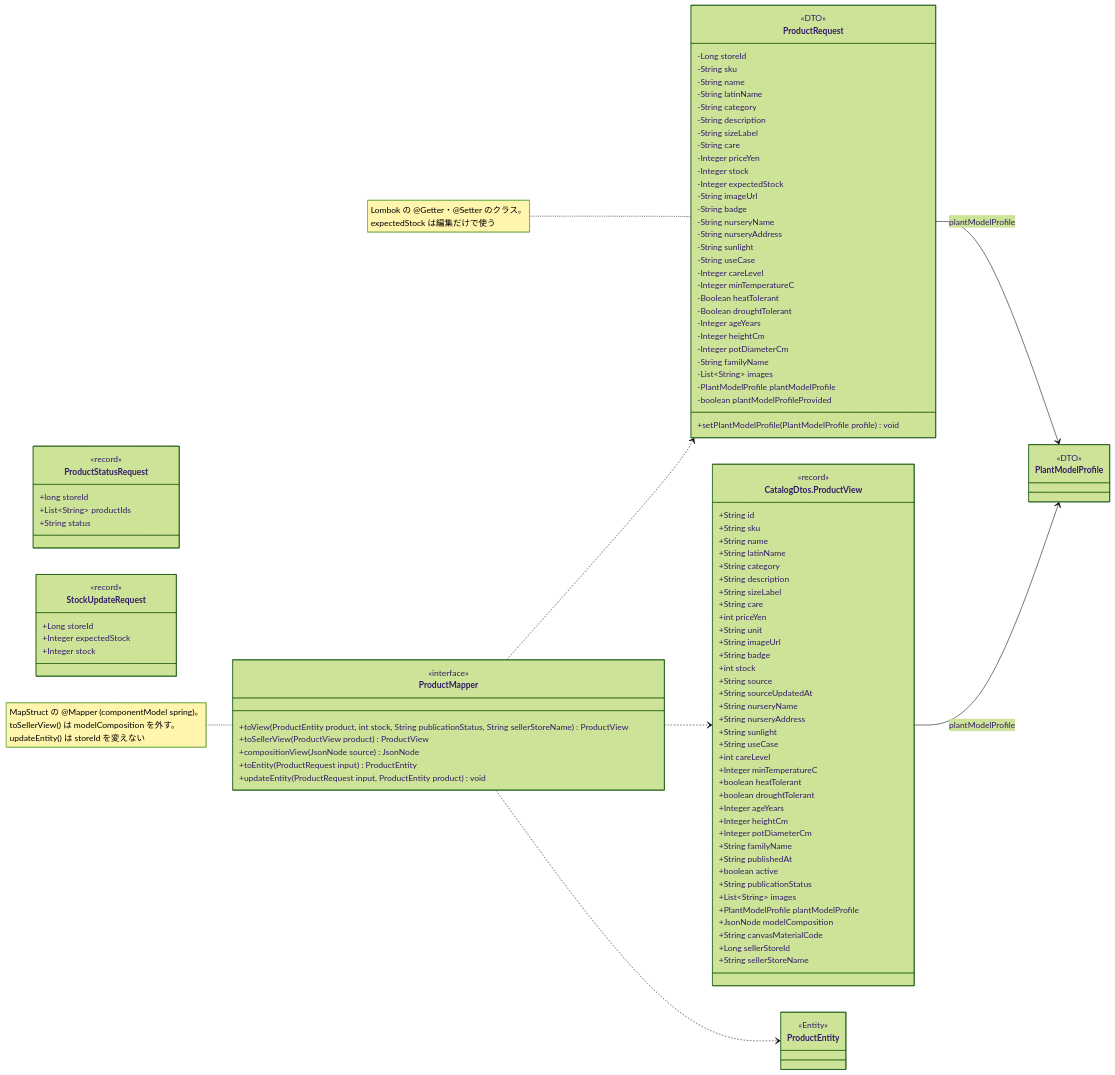
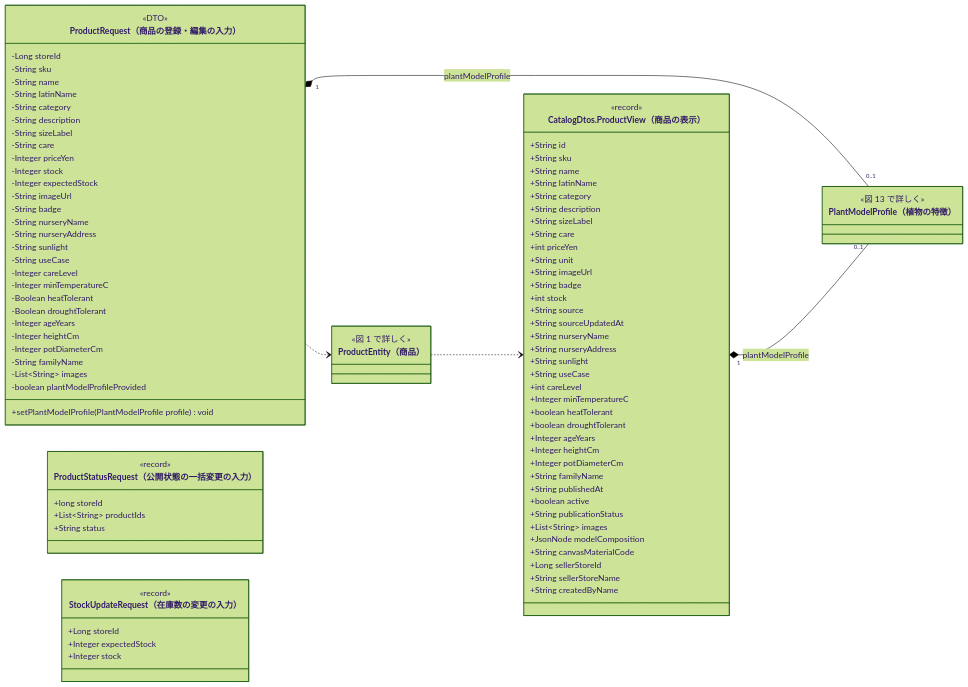
The tenth of 14 diagrams in クラス図/kusakari-ec/03_商品カタログ.md (abeouga/kusakari-document), drawn with Mermaid (forest theme) before and after one commit. The commit also changed other lines of this file and 87 other files, not shown here.

Commit message:
EC のクラス図に全体図を足し、詳細図をデータとモジュールの図に分けて書き直す

````diff
--- a/クラス図/kusakari-ec/03_商品カタログ.md
+++ b/クラス図/kusakari-ec/03_商品カタログ.md
@@ -798,110 +904,97 @@
 ```mermaid
 classDiagram
-  direction LR
-  class ProductRequest {
-    <<DTO>>
-    -Long storeId
-    -String sku
-    -String name
-    -String latinName
-    -String category
-    -String description
-    -String sizeLabel
-    -String care
-    -Integer priceYen
-    -Integer stock
-    -Integer expectedStock
-    -String imageUrl
-    -String badge
-    -String nurseryName
-    -String nurseryAddress
-    -String sunlight
-    -String useCase
-    -Integer careLevel
-    -Integer minTemperatureC
-    -Boolean heatTolerant
-    -Boolean droughtTolerant
-    -Integer ageYears
-    -Integer heightCm
-    -Integer potDiameterCm
-    -String familyName
-    -List~String~ images
-    -PlantModelProfile plantModelProfile
-    -boolean plantModelProfileProvided
-    +setPlantModelProfile(PlantModelProfile profile) void
-  }
-  class ProductView["CatalogDtos.ProductView"] {
-    <<record>>
-    +String id
-    +String sku
-    +String name
-    +String latinName
-    +String category
-    +String description
-    +String sizeLabel
-    +String care
-    +int priceYen
-    +String unit
-    +String imageUrl
-    +String badge
-    +int stock
-    +String source
-    +String sourceUpdatedAt
-    +String nurseryName
-    +String nurseryAddress
-    +String sunlight
-    +String useCase
-    +int careLevel
-    +Integer minTemperatureC
-    +boolean heatTolerant
-    +boolean droughtTolerant
-    +Integer ageYears
-    +Integer heightCm
-    +Integer potDiameterCm
-    +String familyName
-    +String publishedAt
-    +boolean active
-    +String publicationStatus
-    +List~String~ images
-    +PlantModelProfile plantModelProfile
-    +JsonNode modelComposition
-    +String canvasMaterialCode
-    +Long sellerStoreId
-    +String sellerStoreName
-  }
-  class ProductMapper {
-    <<interface>>
-    +toView(ProductEntity product, int stock, String publicationStatus, String sellerStoreName) ProductView
-    +toSellerView(ProductView product) ProductView
-    +compositionView(JsonNode source) JsonNode
-    +toEntity(ProductRequest input) ProductEntity
-    +updateEntity(ProductRequest input, ProductEntity product) void
-  }
-  class ProductStatusRequest {
-    <<record>>
-    +long storeId
-    +List~String~ productIds
-    +String status
-  }
-  class StockUpdateRequest {
-    <<record>>
-    +Long storeId
-    +Integer expectedStock
-    +Integer stock
-  }
-  class ProductEntity {
-    <<Entity>>
-  }
-  class PlantModelProfile {
-    <<DTO>>
-  }
+    direction LR
+    class ProductRequest["ProductRequest（商品の登録・編集の入力）"] {
+        <<DTO>>
+        -Long storeId
+        -String sku
+        -String name
+        -String latinName
+        -String category
+        -String description
+        -String sizeLabel
+        -String care
+        -Integer priceYen
+        -Integer stock
+        -Integer expectedStock
+        -String imageUrl
+        -String badge
+        -String nurseryName
+        -String nurseryAddress
+        -String sunlight
+        -String useCase
+        -Integer careLevel
+        -Integer minTemperatureC
+        -Boolean heatTolerant
+        -Boolean droughtTolerant
+        -Integer ageYears
+        -Integer heightCm
+        -Integer potDiameterCm
+        -String familyName
+        -List~String~ images
+        -boolean plantModelProfileProvided
+        +setPlantModelProfile(PlantModelProfile profile) void
+    }
+    class ProductView["CatalogDtos.ProductView（商品の表示）"] {
+        <<record>>
+        +String id
+        +String sku
+        +String name
+        +String latinName
+        +String category
+        +String description
+        +String sizeLabel
+        +String care
+        +int priceYen
+        +String unit
+        +String imageUrl
+        +String badge
+        +int stock
+        +String source
+        +String sourceUpdatedAt
+        +String nurseryName
+        +String nurseryAddress
+        +String sunlight
+        +String useCase
+        +int careLevel
+        +Integer minTemperatureC
+        +boolean heatTolerant
+        +boolean droughtTolerant
+        +Integer ageYears
+        +Integer heightCm
+        +Integer potDiameterCm
+        +String familyName
+        +String publishedAt
+        +boolean active
+        +String publicationStatus
+        +List~String~ images
+        +JsonNode modelComposition
+        +String canvasMaterialCode
+        +Long sellerStoreId
+        +String sellerStoreName
+        +String createdByName
+    }
+    class ProductStatusRequest["ProductStatusRequest（公開状態の一括変更の入力）"] {
+        <<record>>
+        +long storeId
+        +List~String~ productIds
+        +String status
+    }
+    class StockUpdateRequest["StockUpdateRequest（在庫数の変更の入力）"] {
+        <<record>>
+        +Long storeId
+        +Integer expectedStock
+        +Integer stock
+    }
+    class PlantModelProfile["PlantModelProfile（植物の特徴）"] {
+        <<図 13 で詳しく>>
+    }
+    class ProductEntity["ProductEntity（商品）"] {
+        <<図 1 で詳しく>>
+    }
 
-  ProductMapper ..> ProductEntity
-  ProductMapper ..> ProductRequest
-  ProductMapper ..> ProductView
-  ProductRequest --> PlantModelProfile : plantModelProfile
-  ProductView --> PlantModelProfile : plantModelProfile
-
-  note for ProductMapper "MapStruct の @Mapper (componentModel spring)。<br/>toSellerView() は modelComposition を外す。<br/>updateEntity() は storeId を変えない"
-  note for ProductRequest "Lombok の @Getter・@Setter のクラス。<br/>expectedStock は編集だけで使う"
+    ProductRequest "1" *-- "0..1" PlantModelProfile : plantModelProfile
+    ProductView "1" *-- "0..1" PlantModelProfile : plantModelProfile
+    ProductRequest ..> ProductEntity
+    ProductEntity ..> ProductView
 ```
````
